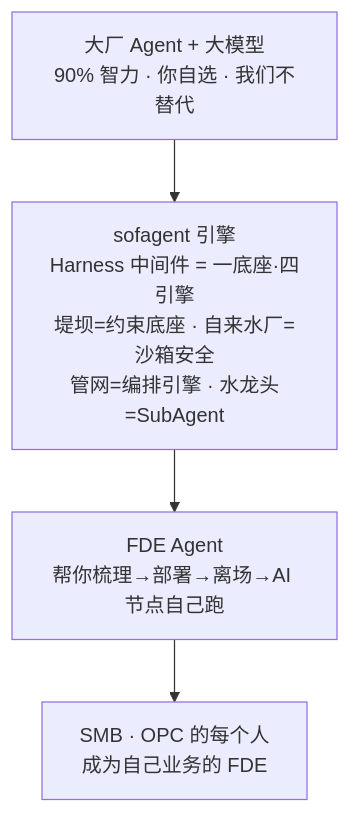
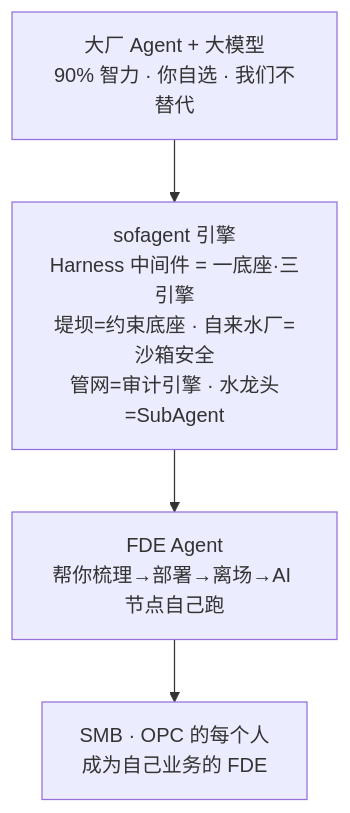
One commit to KongFangXun/sofagent changed the diagram in FDE/FDE.md. Above: the diagram before and after it, drawn with Mermaid. The commit also changed other lines of this file and 28 other files, not shown here.

First line of the commit message:
refactor(docs): 四引擎→三引擎——砍编排引擎，FORGE LOOP 降调为内部工具

````diff
--- a/FDE/FDE.md
+++ b/FDE/FDE.md
@@ -68,6 +68,6 @@
 ```mermaid
 graph TD
-    A[大厂 Agent + 大模型<br/>90% 智力 · 你自选 · 我们不替代] --> B[sofagent 引擎<br/>Harness 中间件 = 一底座·四引擎<br/>堤坝=约束底座 · 自来水厂=沙箱安全<br/>管网=编排引擎 · 水龙头=SubAgent]
+    A[大厂 Agent + 大模型<br/>90% 智力 · 你自选 · 我们不替代] --> B[sofagent 引擎<br/>Harness 中间件 = 一底座·三引擎<br/>堤坝=约束底座 · 自来水厂=沙箱安全<br/>管网=审计引擎 · 水龙头=SubAgent]
     B --> C[FDE Agent<br/>帮你梳理→部署→离场→AI 节点自己跑]
     C --> D[SMB · OPC 的每个人<br/>成为自己业务的 FDE]
 ```
````
